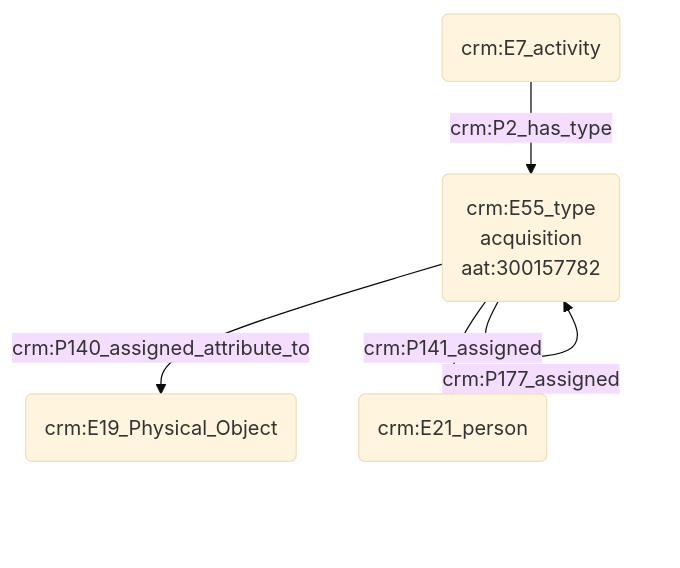
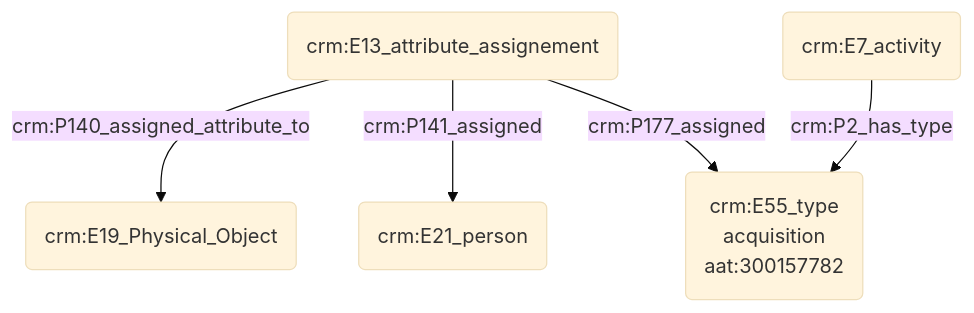
The diagram in modules/livrables/Dossier 2/Prosopographie/propriétaire_d_un_objet.md (Amleth/consortium-musica2-gt2-ontologies), drawn with Mermaid (base theme) before and after one commit. The commit also changed other lines of this file, not shown here.

````diff
--- a/modules/livrables/Dossier 2/Prosopographie/propriétaire_d_un_objet.md
+++ b/modules/livrables/Dossier 2/Prosopographie/propriétaire_d_un_objet.md
@@ -10,11 +3,11 @@
 ```mermaid
 graph TD;
 
 E(crm:E13_attribute_assignement) --> |crm:P140_assigned_attribute_to| B(crm:E19_Physical_Object)
 E(crm:E13_attribute_assignement) --> |crm:P141_assigned| A(crm:E21_person)
-E(crm:E13_attribute_assignement) --> |crm:P177_assigned| E(crm:E55_type<br>acquisition<br>aat:300157782)
+E(crm:E13_attribute_assignement) --> |crm:P177_assigned| F(crm:E55_type<br>acquisition<br>aat:300157782)
 
-C(crm:E7_activity) -->|crm:P2_has_type| E(crm:E55_type<br>acquisition<br>aat:300157782)
+C(crm:E7_activity) -->|crm:P2_has_type| F(crm:E55_type<br>acquisition<br>aat:300157782)
 
 
 ```
````
